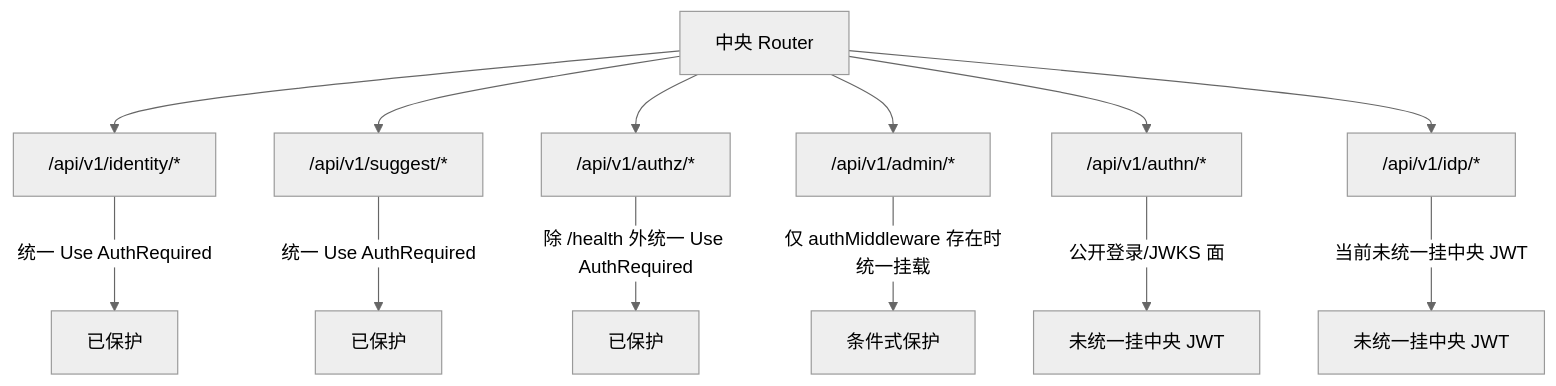
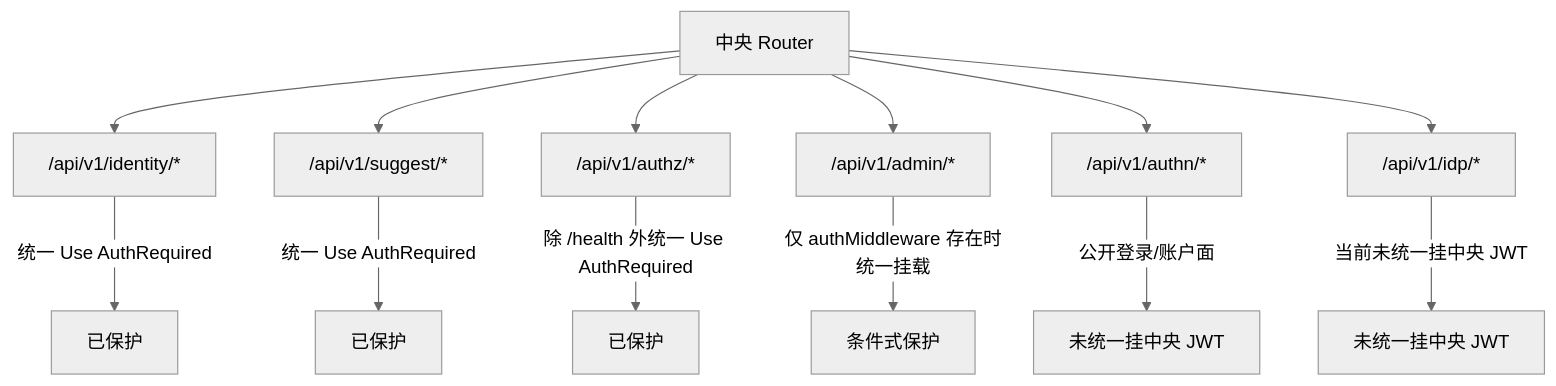
The third of 3 diagrams in docs/01-运行时/03-HTTP认证中间件与身份上下文.md (FangcunMount/iam-contracts), drawn with Mermaid (neutral theme) before and after one commit. The commit also changed other lines of this file and 105 other files, not shown here.

````diff
--- a/docs/01-运行时/03-HTTP认证中间件与身份上下文.md
+++ b/docs/01-运行时/03-HTTP认证中间件与身份上下文.md
@@ -157,24 +157,24 @@
 ```mermaid
 flowchart TB
     Router["中央 Router"]
     User["/api/v1/identity/*"]
     Suggest["/api/v1/suggest/*"]
     Authz["/api/v1/authz/*"]
     Admin["/api/v1/admin/*"]
     Authn["/api/v1/authn/*"]
     IDP["/api/v1/idp/*"]
 
     Router --> User
     Router --> Suggest
     Router --> Authz
     Router --> Admin
     Router --> Authn
     Router --> IDP
 
     User -->|统一 Use AuthRequired| Protected1["已保护"]
     Suggest -->|统一 Use AuthRequired| Protected2["已保护"]
     Authz -->|除 /health 外统一 Use AuthRequired| Protected3["已保护"]
     Admin -->|仅 authMiddleware 存在时统一挂载| Conditional["条件式保护"]
-    Authn -->|公开登录/JWKS 面| Public1["未统一挂中央 JWT"]
+    Authn -->|公开登录/账户面| Public1["未统一挂中央 JWT"]
     IDP -->|当前未统一挂中央 JWT| Public2["未统一挂中央 JWT"]
 ```
````
